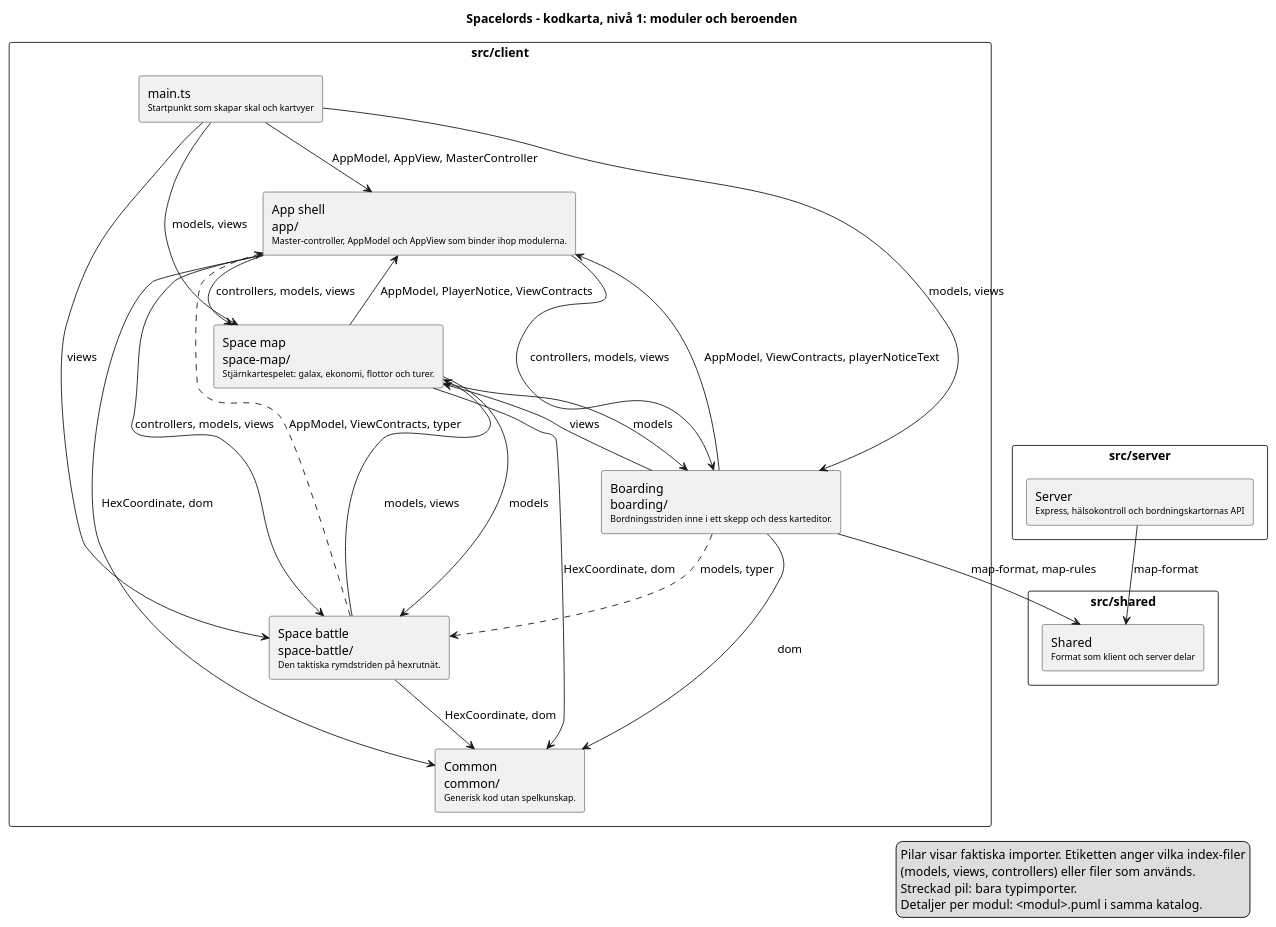
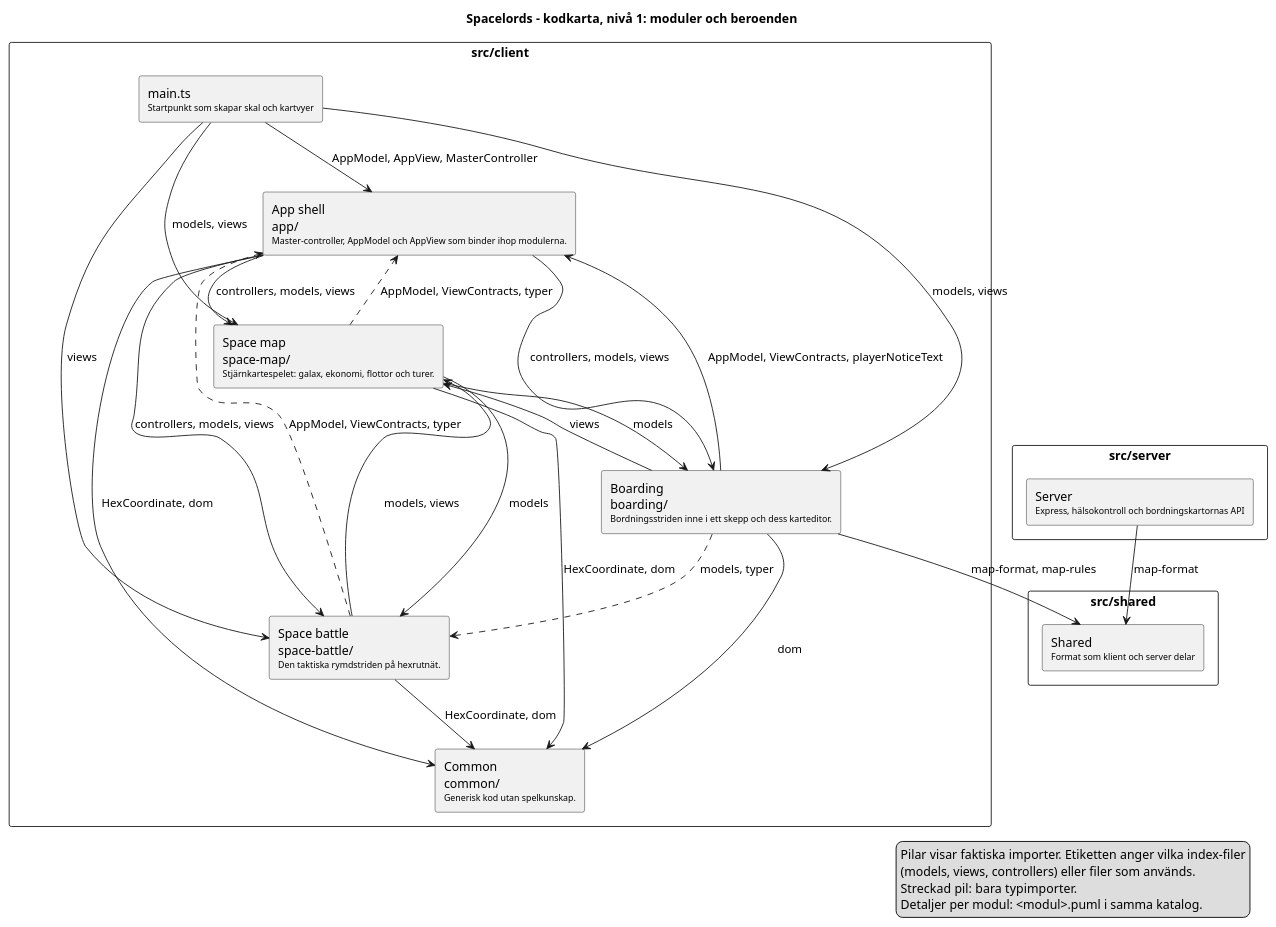
The diagram in docs/architecture/overview.puml (dntoll/spacelords), drawn with PlantUML before and after one commit. The commit also changed 133 other files, not shown here.

```diff
--- a/docs/architecture/overview.puml
+++ b/docs/architecture/overview.puml
@@ -1,48 +1,48 @@
 @startuml
 ' Generated by scripts/architecture-map.mjs from architecture.config.mjs and
 ' the imports in src/. Do not edit by hand; run npm run architecture:map.
 title Spacelords – kodkarta, nivå 1: moduler och beroenden
 skinparam packageStyle rectangle
 skinparam shadowing false
 package "src/client" {
   rectangle "main.ts\n<size:10>Startpunkt som skapar skal och kartvyer</size>" as main
   rectangle "App shell\napp/\n<size:10>Master-controller, AppModel och AppView som binder ihop modulerna.</size>" as app
   rectangle "Common\ncommon/\n<size:10>Generisk kod utan spelkunskap.</size>" as common
   rectangle "Space map\nspace-map/\n<size:10>Stjärnkartespelet: galax, ekonomi, flottor och turer.</size>" as space_map
   rectangle "Space battle\nspace-battle/\n<size:10>Den taktiska rymdstriden på hexrutnät.</size>" as space_battle
   rectangle "Boarding\nboarding/\n<size:10>Bordningsstriden inne i ett skepp och dess karteditor.</size>" as boarding
 }
 package "src/shared" {
   rectangle "Shared\n<size:10>Format som klient och server delar</size>" as shared
 }
 package "src/server" {
   rectangle "Server\n<size:10>Express, hälsokontroll och bordningskartornas API</size>" as server
 }
 app --> boarding : controllers, models, views
 app --> common : HexCoordinate, dom
 app --> space_battle : controllers, models, views
 app --> space_map : controllers, models, views
 boarding --> app : AppModel, ViewContracts, playerNoticeText
 boarding --> common : dom
 boarding --> shared : map-format, map-rules
 boarding ..> space_battle : models, typer
 boarding --> space_map : views
 main --> app : AppModel, AppView, MasterController
 main --> boarding : models, views
 main --> space_battle : views
 main --> space_map : models, views
 server --> shared : map-format
 space_battle ..> app : AppModel, ViewContracts, typer
 space_battle --> common : HexCoordinate, dom
 space_battle --> space_map : models, views
-space_map --> app : AppModel, PlayerNotice, ViewContracts
+space_map ..> app : AppModel, ViewContracts, typer
 space_map --> boarding : models
 space_map --> common : HexCoordinate, dom
 space_map --> space_battle : models
 legend right
   Pilar visar faktiska importer. Etiketten anger vilka index-filer
   (models, views, controllers) eller filer som används.
   Streckad pil: bara typimporter.
   Detaljer per modul: <modul>.puml i samma katalog.
 endlegend
 @enduml
```
